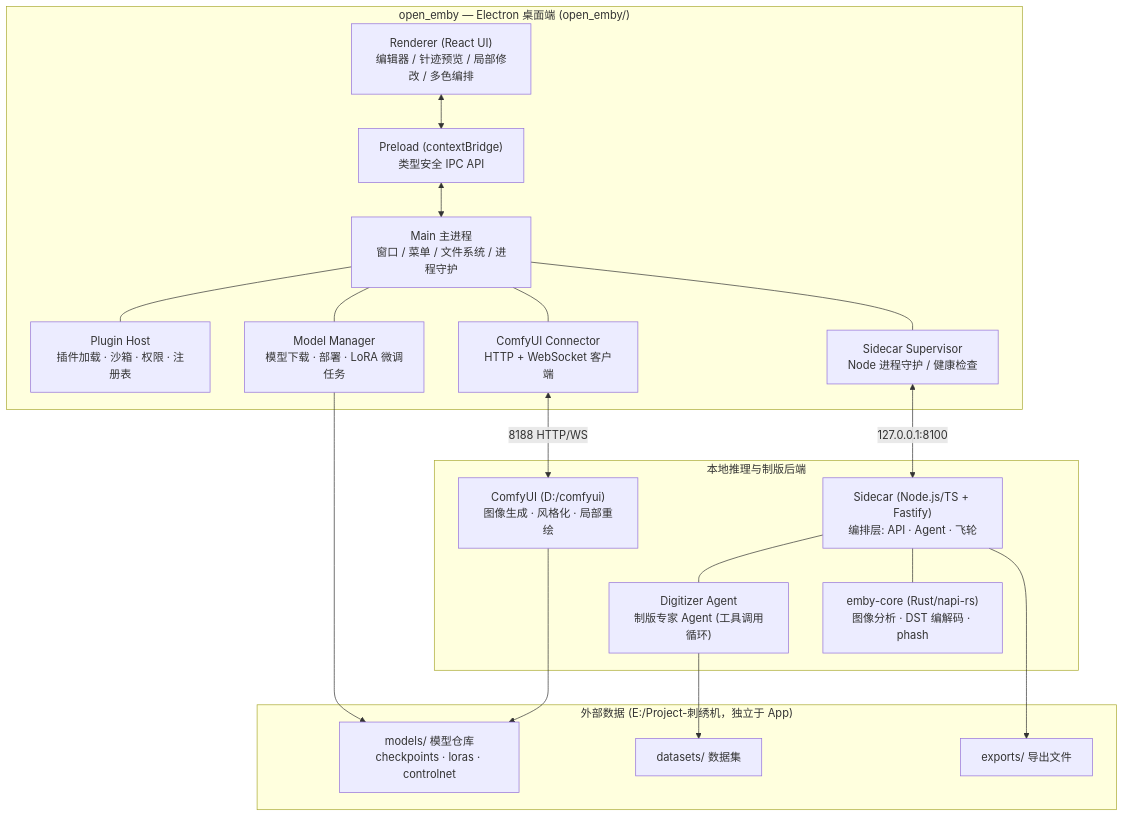
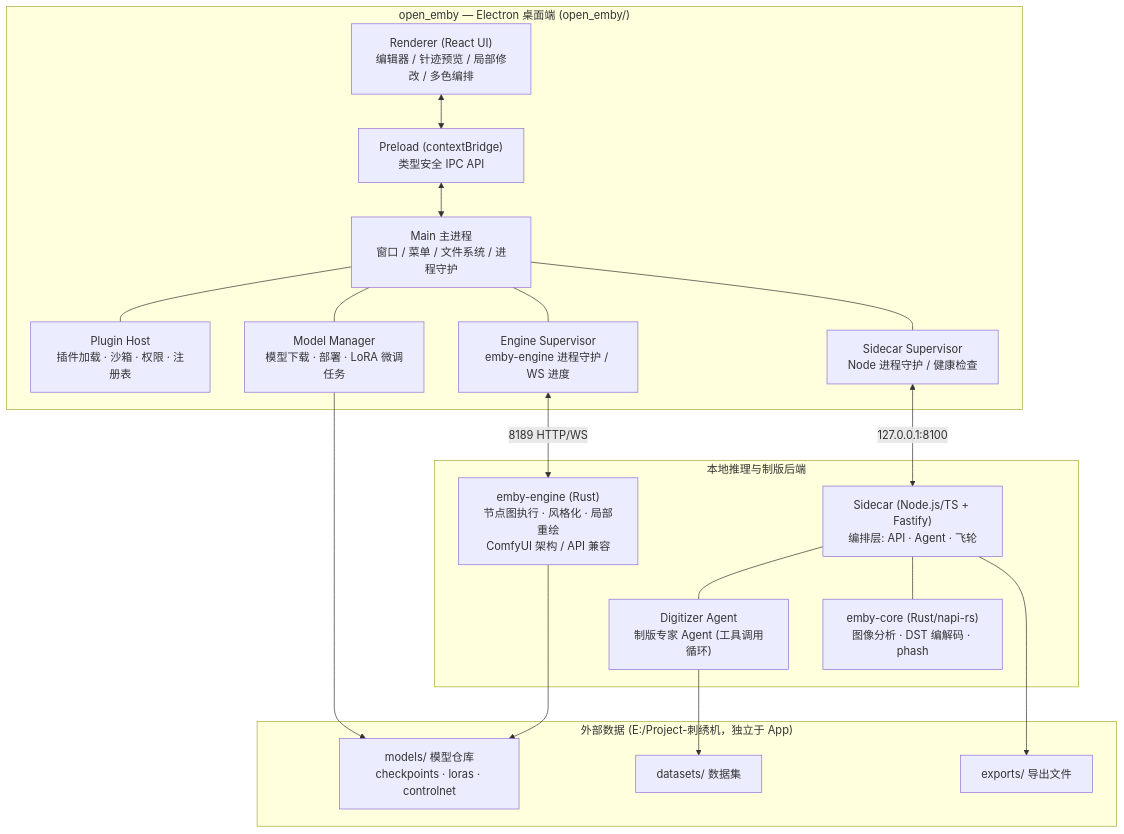
Before and after one commit to licher255/open_emby: the first of 2 diagrams in docs/ARCHITECTURE.md, drawn with Mermaid. The commit also changed other lines of this file and 79 other files, not shown here.

First line of the commit message:
feat: native Rust generation engine, project workflow, and Apple-style redesign

````diff
--- a/docs/ARCHITECTURE.md
+++ b/docs/ARCHITECTURE.md
@@ -10,37 +10,37 @@
 ```mermaid
 flowchart TB
     subgraph Desktop["open_emby — Electron 桌面端 (open_emby/)"]
         R["Renderer (React UI)<br/>编辑器 / 针迹预览 / 局部修改 / 多色编排"]
         P["Preload (contextBridge)<br/>类型安全 IPC API"]
         M["Main 主进程<br/>窗口 / 菜单 / 文件系统 / 进程守护"]
         PH["Plugin Host<br/>插件加载 · 沙箱 · 权限 · 注册表"]
         MM["Model Manager<br/>模型下载 · 部署 · LoRA 微调任务"]
-        CF["ComfyUI Connector<br/>HTTP + WebSocket 客户端"]
+        EG["Engine Supervisor<br/>emby-engine 进程守护 / WS 进度"]
         SC["Sidecar Supervisor<br/>Node 进程守护 / 健康检查"]
     end
 
     subgraph Local["本地推理与制版后端"]
-        CU["ComfyUI (D:/comfyui)<br/>图像生成 · 风格化 · 局部重绘"]
+        EN["emby-engine (Rust)<br/>节点图执行 · 风格化 · 局部重绘<br/>ComfyUI 架构 / API 兼容"]
         PY["Sidecar (Node.js/TS + Fastify)<br/>编排层: API · Agent · 飞轮"]
         RS["emby-core (Rust/napi-rs)<br/>图像分析 · DST 编解码 · phash"]
         AG["Digitizer Agent<br/>制版专家 Agent (工具调用循环)"]
     end
 
     subgraph External["外部数据 (E:/Project-刺绣机，独立于 App)"]
         DS["datasets/ 数据集"]
         MD["models/ 模型仓库<br/>checkpoints · loras · controlnet"]
         EX["exports/ 导出文件"]
     end
 
     R <--> P <--> M
     M --- PH
     M --- MM
-    M --- CF <-->|8188 HTTP/WS| CU
+    M --- EG <-->|8189 HTTP/WS| EN
     M --- SC <-->|127.0.0.1:8100| PY
     PY --- AG
     PY --- RS
     MM --> MD
     AG --> DS
     PY --> EX
-    CU --> MD
+    EN --> MD
 ```
````
